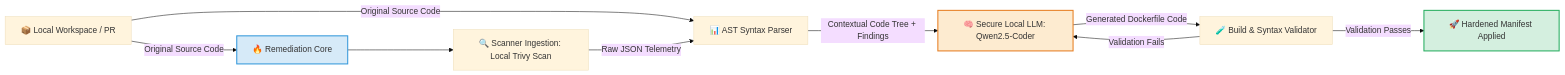
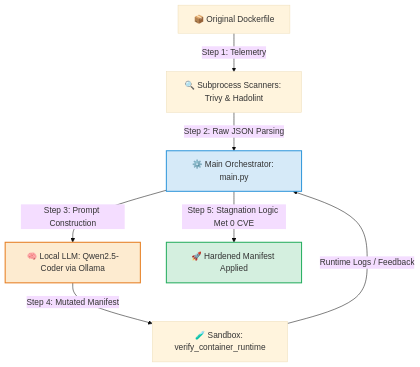
Before and after one commit to cbrkrtek/ai-devsecops-auto-remediation: the diagram in README.md, drawn with Mermaid (base theme). The commit also changed other lines of this file, not shown here.

````diff
--- a/README.md
+++ b/README.md
@@ -87,15 +99,13 @@
 ```mermaid
-graph LR
-    A[📦 Local Workspace / PR] -->|Original Source Code| B[🔥 Remediation Core]
-    A -->|Original Source Code| D[📊 AST Syntax Parser]
-    B --> C[🔍 Scanner Ingestion: Local Trivy Scan]
-    C -->|Raw JSON Telemetry| D
-    D -->|Contextual Code Tree + Findings| E[🧠 Secure Local LLM: Qwen2.5-Coder]
-    E -->|Generated Dockerfile Code| F[🧪 Build & Syntax Validator]
-    F -->|Validation Fails| E
-    F -->|Validation Passes| G[🚀 Hardened Manifest Applied]
+graph TD
+    A[📦 Original Dockerfile] -->|Step 1: Telemetry| B[🔍 Subprocess Scanners: Trivy & Hadolint]
+    B -->|Step 2: Raw JSON Parsing| C[⚙️ Main Orchestrator: main.py]
+    C -->|Step 3: Prompt Construction| D[🧠 Local LLM: Qwen2.5-Coder via Ollama]
+    D -->|Step 4: Mutated Manifest| E[🧪 Sandbox: verify_container_runtime]
+    E -->|Runtime Logs / Feedback| C
+    C -->|Step 5: Stagnation Logic Met 0 CVE| F[🚀 Hardened Manifest Applied]
 
-    style B fill:#d6eaf8,stroke:#3498db,stroke-width:2px
-    style E fill:#fdebd0,stroke:#e67e22,stroke-width:2px
-    style G fill:#d4efdf,stroke:#27ae60,stroke-width:2px
+    style C fill:#d6eaf8,stroke:#3498db,stroke-width:2px
+    style D fill:#fdebd0,stroke:#e67e22,stroke-width:2px
+    style F fill:#d4efdf,stroke:#27ae60,stroke-width:2px
 ```
````
